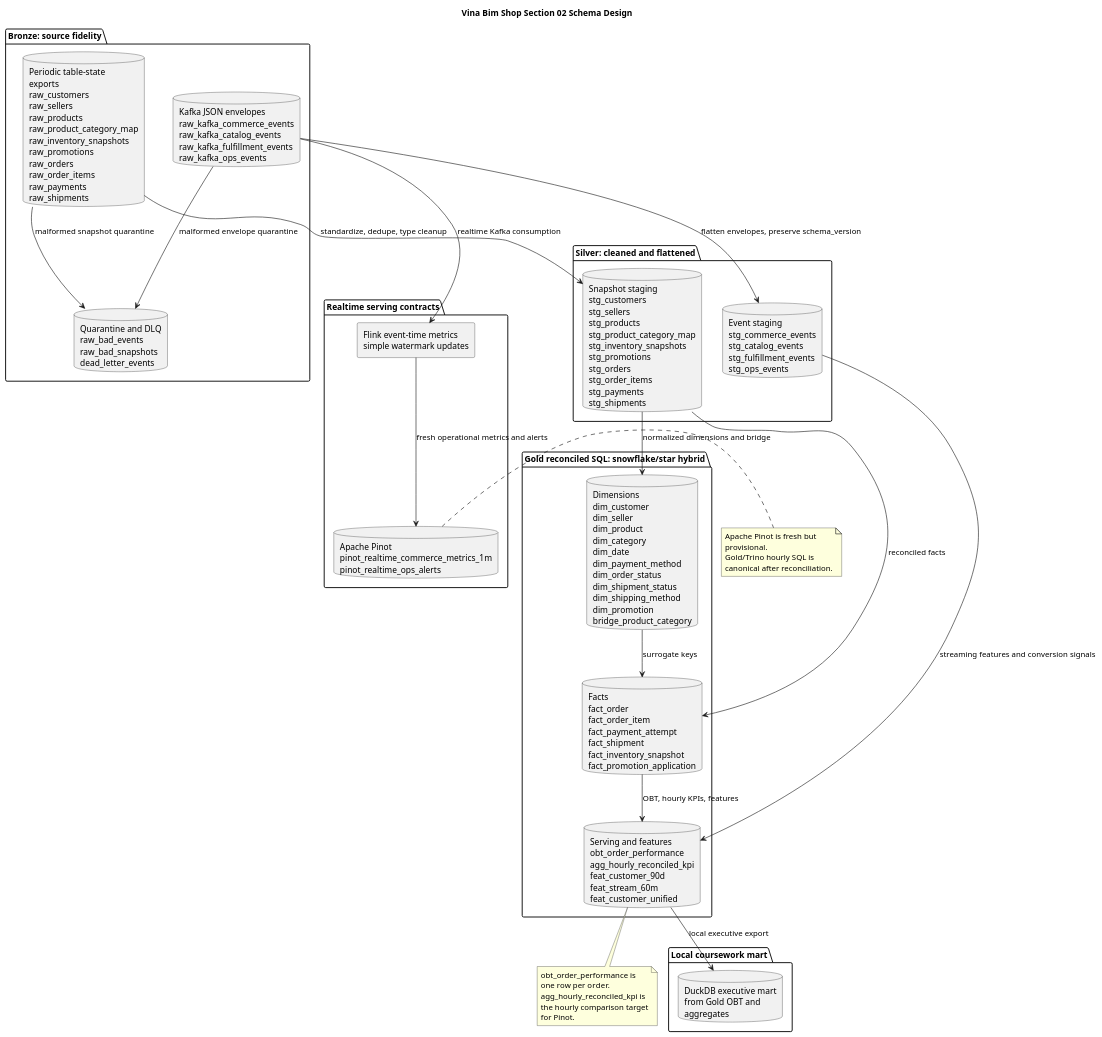
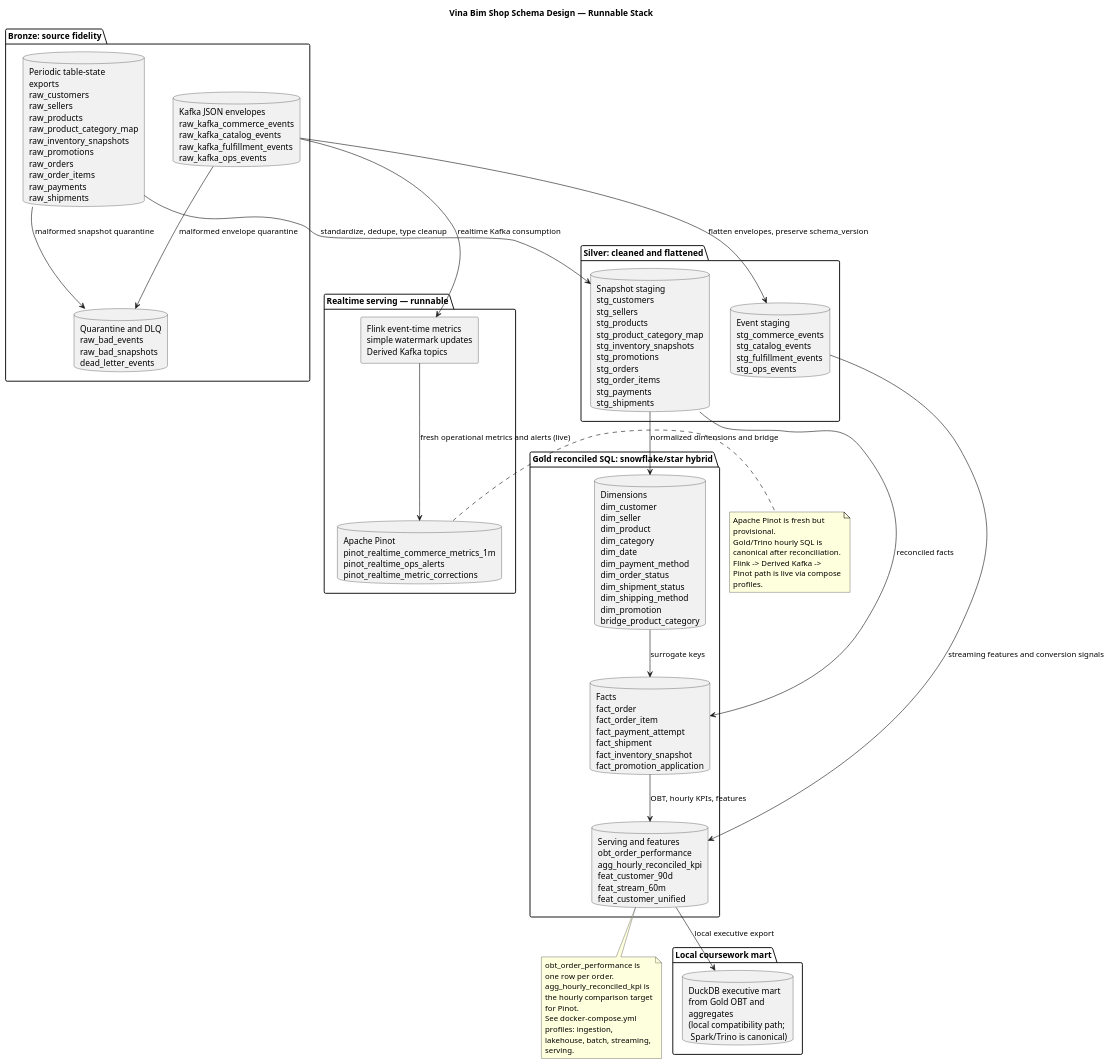
The diagram in architecture/diagrams/schema_design.puml (hhoangdo/ecom-data-platform), drawn with PlantUML before and after one commit. The commit also changed 15 other files, not shown here.

First line of the commit message:
ADR 08: Enhance schema design documentation and add final integration evidence

```diff
--- a/architecture/diagrams/schema_design.puml
+++ b/architecture/diagrams/schema_design.puml
@@ -1,59 +1,61 @@
 @startuml
-title Vina Bim Shop Section 02 Schema Design
+title Vina Bim Shop Schema Design — Runnable Stack
 
 skinparam componentStyle rectangle
 skinparam shadowing false
 skinparam wrapWidth 180
 
 package "Bronze: source fidelity" as Bronze {
   database "Periodic table-state exports\nraw_customers\nraw_sellers\nraw_products\nraw_product_category_map\nraw_inventory_snapshots\nraw_promotions\nraw_orders\nraw_order_items\nraw_payments\nraw_shipments" as RawSnapshots
   database "Kafka JSON envelopes\nraw_kafka_commerce_events\nraw_kafka_catalog_events\nraw_kafka_fulfillment_events\nraw_kafka_ops_events" as RawEvents
   database "Quarantine and DLQ\nraw_bad_events\nraw_bad_snapshots\ndead_letter_events" as RawBad
 }
 
 package "Silver: cleaned and flattened" as Silver {
   database "Snapshot staging\nstg_customers\nstg_sellers\nstg_products\nstg_product_category_map\nstg_inventory_snapshots\nstg_promotions\nstg_orders\nstg_order_items\nstg_payments\nstg_shipments" as StgSnapshots
   database "Event staging\nstg_commerce_events\nstg_catalog_events\nstg_fulfillment_events\nstg_ops_events" as StgEvents
 }
 
 package "Gold reconciled SQL: snowflake/star hybrid" as Gold {
   database "Dimensions\ndim_customer\ndim_seller\ndim_product\ndim_category\ndim_date\ndim_payment_method\ndim_order_status\ndim_shipment_status\ndim_shipping_method\ndim_promotion\nbridge_product_category" as Dims
   database "Facts\nfact_order\nfact_order_item\nfact_payment_attempt\nfact_shipment\nfact_inventory_snapshot\nfact_promotion_application" as Facts
   database "Serving and features\nobt_order_performance\nagg_hourly_reconciled_kpi\nfeat_customer_90d\nfeat_stream_60m\nfeat_customer_unified" as Serving
 }
 
-package "Realtime serving contracts" as Realtime {
-  component "Flink event-time metrics\nsimple watermark updates" as FlinkMetrics
-  database "Apache Pinot\npinot_realtime_commerce_metrics_1m\npinot_realtime_ops_alerts" as Pinot
+package "Realtime serving — runnable" as Realtime {
+  component "Flink event-time metrics\nsimple watermark updates\nDerived Kafka topics" as FlinkMetrics
+  database "Apache Pinot\npinot_realtime_commerce_metrics_1m\npinot_realtime_ops_alerts\npinot_realtime_metric_corrections" as Pinot
 }
 
 package "Local coursework mart" as Local {
-  database "DuckDB executive mart\nfrom Gold OBT and aggregates" as DuckDB
+  database "DuckDB executive mart\nfrom Gold OBT and aggregates\n(local compatibility path;\n Spark/Trino is canonical)" as DuckDB
 }
 
 RawSnapshots --> StgSnapshots : standardize, dedupe, type cleanup
 RawEvents --> StgEvents : flatten envelopes, preserve schema_version
 RawEvents --> RawBad : malformed envelope quarantine
 RawSnapshots --> RawBad : malformed snapshot quarantine
 
 StgSnapshots --> Dims : normalized dimensions and bridge
 StgSnapshots --> Facts : reconciled facts
 StgEvents --> Serving : streaming features and conversion signals
 Dims --> Facts : surrogate keys
 Facts --> Serving : OBT, hourly KPIs, features
 
 RawEvents --> FlinkMetrics : realtime Kafka consumption
-FlinkMetrics --> Pinot : fresh operational metrics and alerts
+FlinkMetrics --> Pinot : fresh operational metrics and alerts (live)
 Serving --> DuckDB : local executive export
 
 note right of Pinot
 Apache Pinot is fresh but provisional.
 Gold/Trino hourly SQL is canonical after reconciliation.
+Flink -> Derived Kafka -> Pinot path is live via compose profiles.
 end note
 
 note bottom of Serving
 obt_order_performance is one row per order.
 agg_hourly_reconciled_kpi is the hourly comparison target for Pinot.
+See docker-compose.yml profiles: ingestion, lakehouse, batch, streaming, serving.
 end note
 
 @enduml
```
